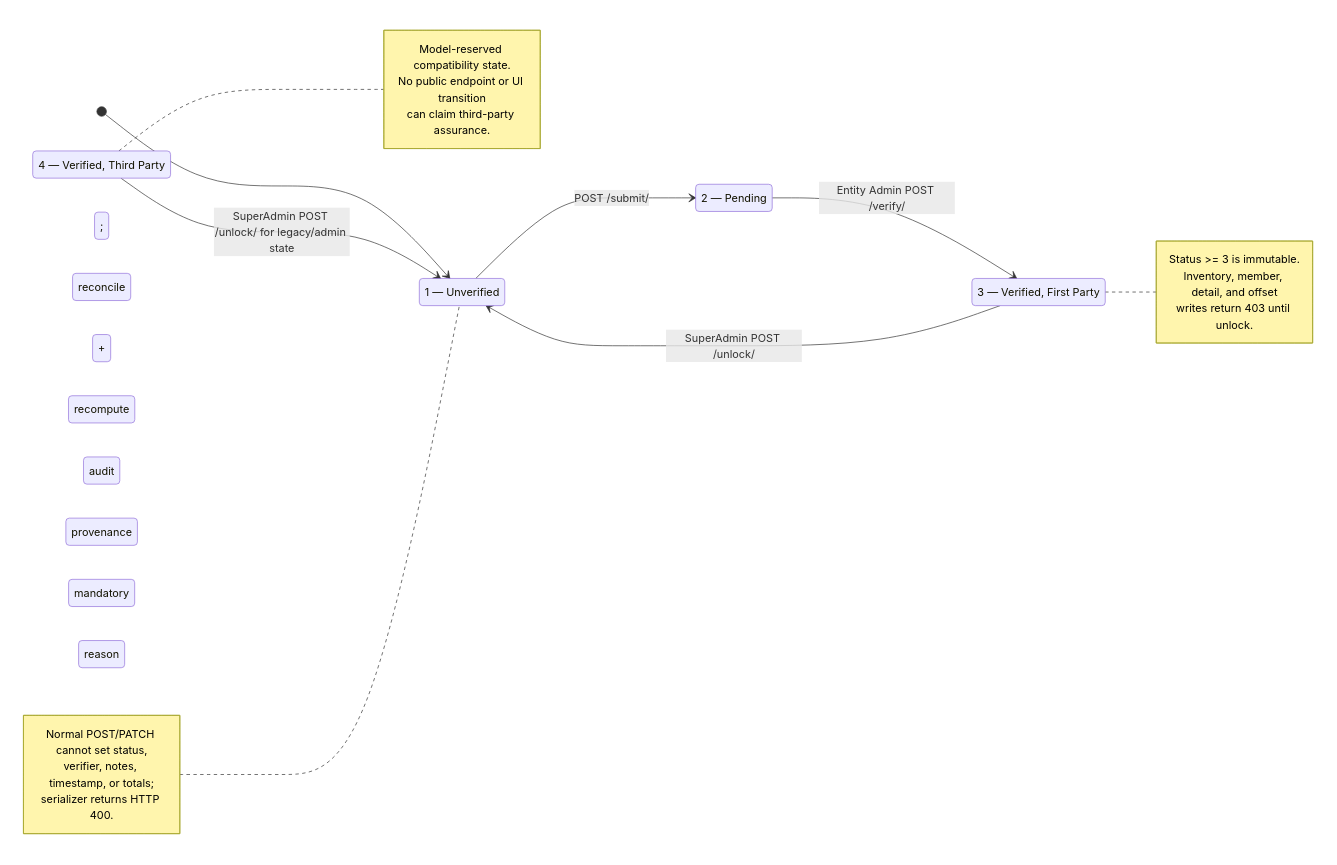
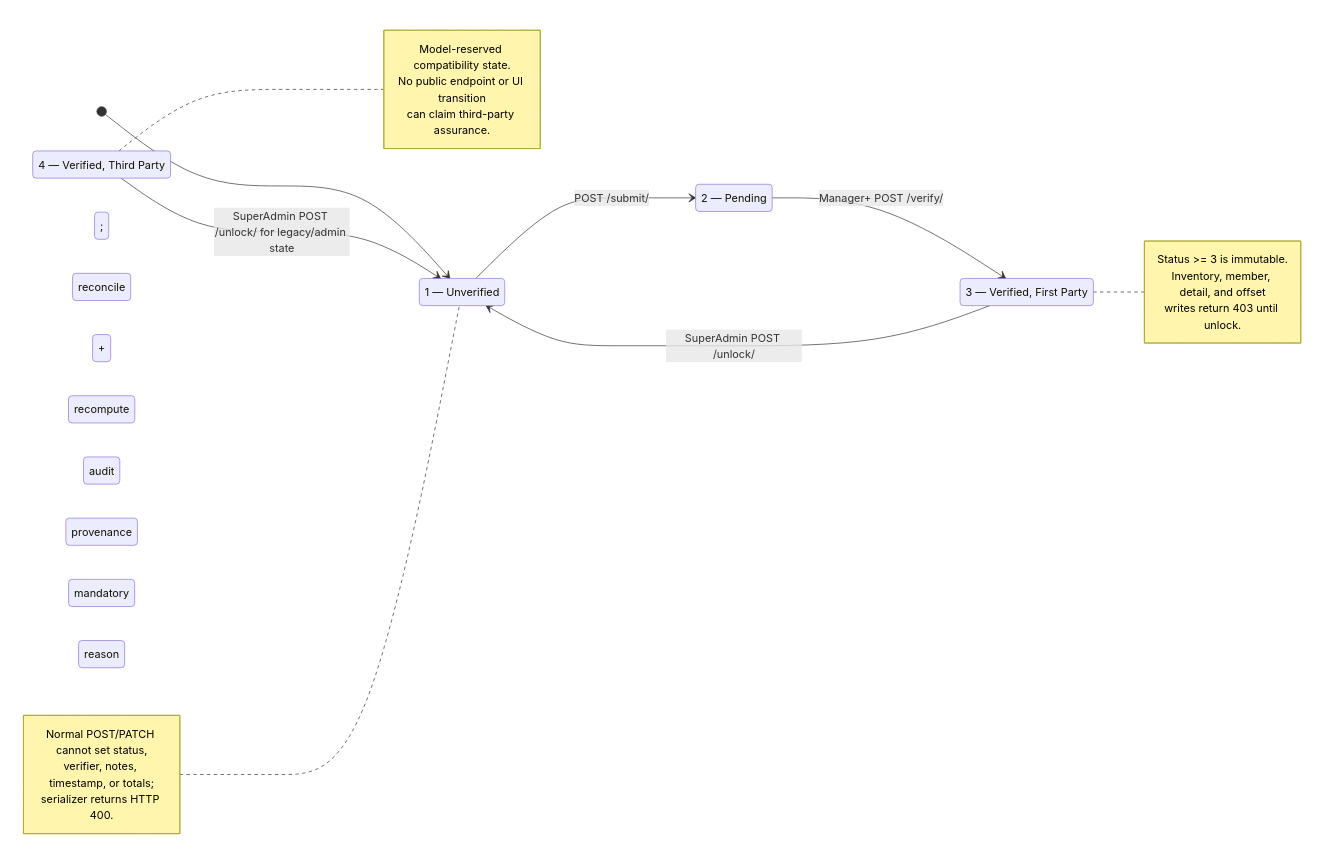
One commit to Software-Lifecycle-Consultants/SusDevOS-Pro changed the first of 7 diagrams in docs/diagrams/uml/07-state-machines.md. Above: the diagram before and after it, drawn with Mermaid. The commit also changed 4 other files, not shown here.

First line of the commit message:
fix(emissions): let a manager verify an inventory, not only an Entity Admin

````diff
--- a/docs/diagrams/uml/07-state-machines.md
+++ b/docs/diagrams/uml/07-state-machines.md
@@ -18,33 +18,33 @@
 ```mermaid
 stateDiagram-v2
     direction LR
     [*] --> Unverified
 
     Unverified: 1 — Unverified
     Pending: 2 — Pending
     VerifiedFirst: 3 — Verified, First Party
     VerifiedThird: 4 — Verified, Third Party
 
     Unverified --> Pending: POST /submit/; reconcile + recompute + audit
-    Pending --> VerifiedFirst: Entity Admin POST /verify/; recompute + provenance + audit
+    Pending --> VerifiedFirst: Manager+ POST /verify/; recompute + provenance + audit
     VerifiedFirst --> Unverified: SuperAdmin POST /unlock/; mandatory reason + audit
     VerifiedThird --> Unverified: SuperAdmin POST /unlock/ for legacy/admin state
 
     note right of VerifiedFirst
         Status >= 3 is immutable.
         Inventory, member, detail, and offset
         writes return 403 until unlock.
     end note
 
     note right of VerifiedThird
         Model-reserved compatibility state.
         No public endpoint or UI transition
         can claim third-party assurance.
     end note
 
     note left of Unverified
         Normal POST/PATCH cannot set status,
         verifier, notes, timestamp, or totals;
         serializer returns HTTP 400.
     end note
 ```
````
